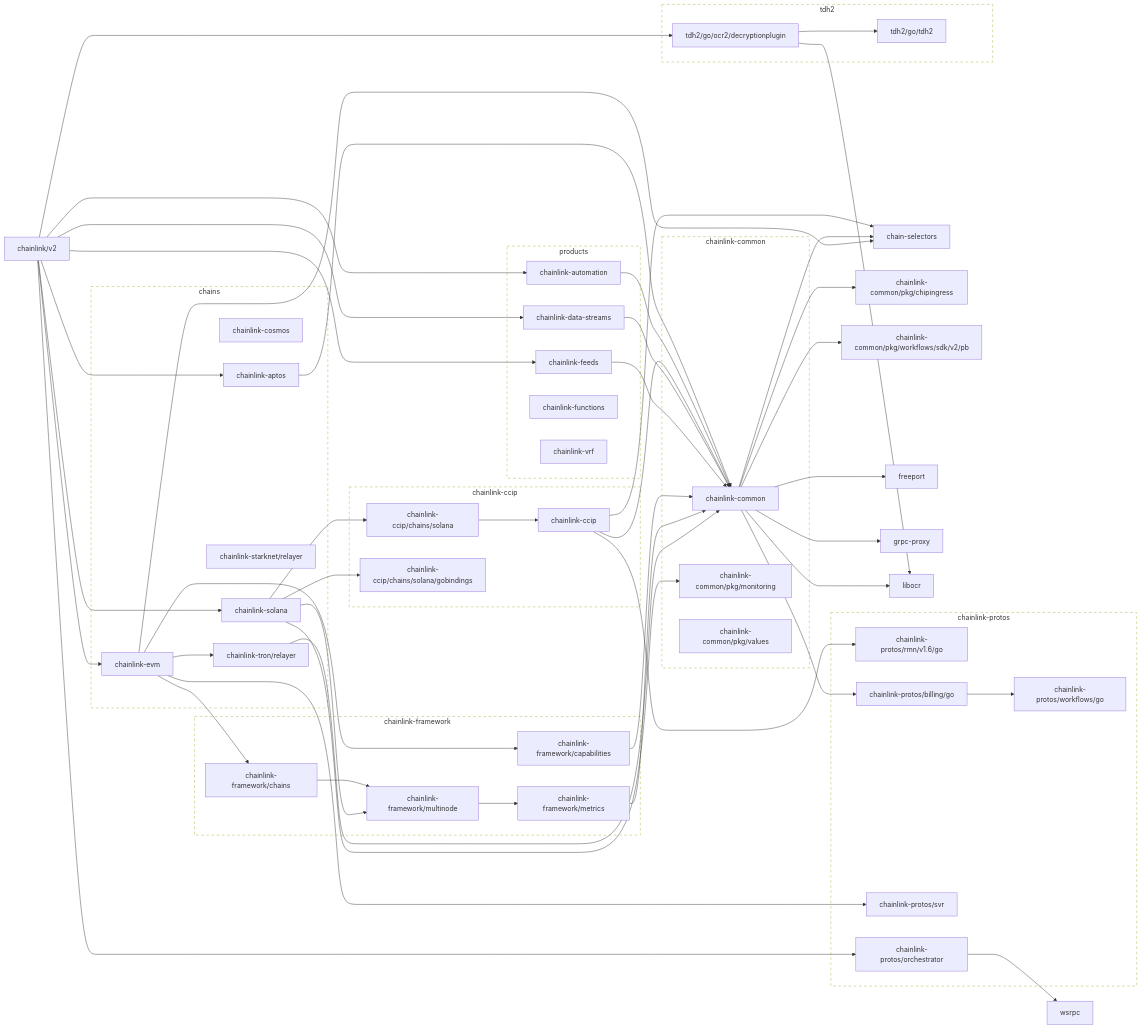
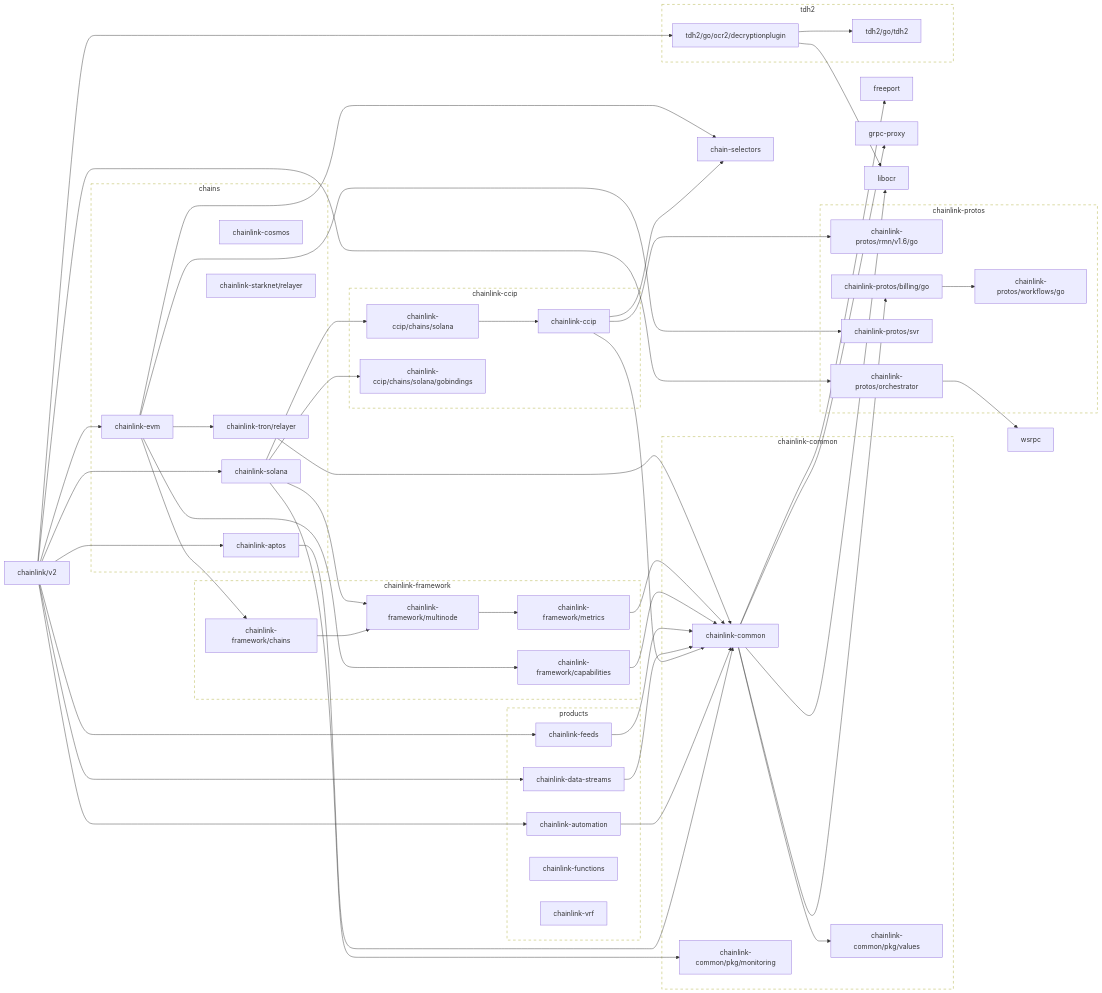
Before and after one commit to JohnDaWalka/chainlink: the first of 2 diagrams in go.md, drawn with Mermaid. The commit also changed other lines of this file and 2 other files, not shown here.

```diff
--- a/go.md
+++ b/go.md
@@ -38,9 +36,7 @@
 	click chainlink-ccip/chains/solana href "https://github.com/smartcontractkit/chainlink-ccip"
 	chainlink-ccip/chains/solana/gobindings
 	click chainlink-ccip/chains/solana/gobindings href "https://github.com/smartcontractkit/chainlink-ccip"
-	chainlink-common --> chain-selectors
-	chainlink-common --> chainlink-common/pkg/chipingress
-	chainlink-common --> chainlink-common/pkg/workflows/sdk/v2/pb
+	chainlink-common --> chainlink-common/pkg/values
 	chainlink-common --> chainlink-protos/billing/go
 	chainlink-common --> freeport
 	chainlink-common --> grpc-proxy
```
